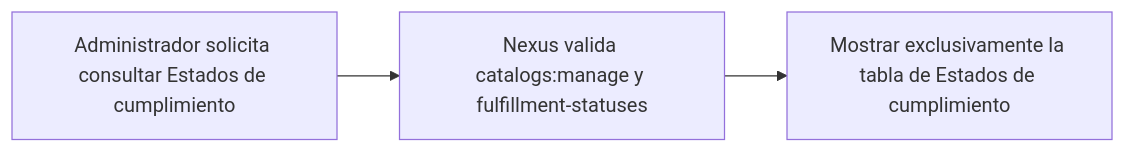
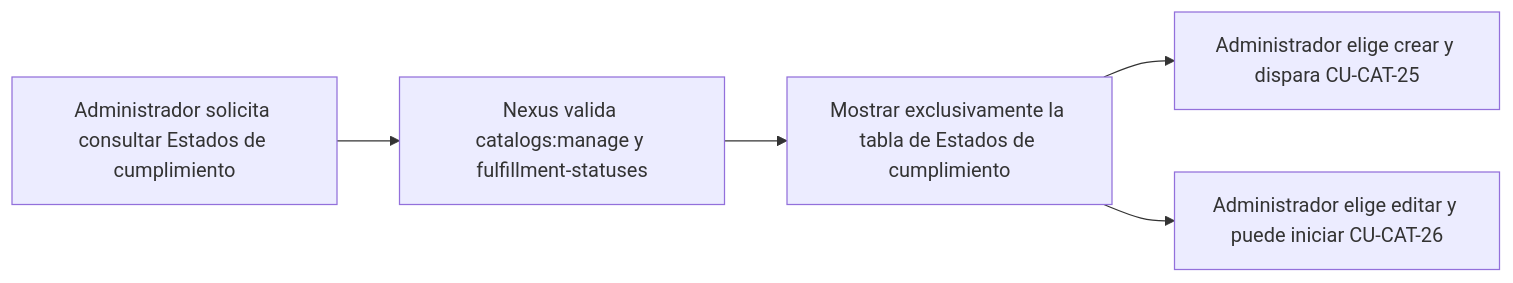
One commit to gpgsistemas01/nexus changed the diagram in docs/requirements/diagrams/catalogs/cu-cat-24.md. Above: the diagram before and after it, drawn with Mermaid. The commit also changed 473 other files, not shown here.

````diff
--- a/docs/requirements/diagrams/catalogs/cu-cat-24.md
+++ b/docs/requirements/diagrams/catalogs/cu-cat-24.md
@@ -3,5 +3,8 @@
 ```mermaid
 flowchart LR
+    accTitle: CU-CAT-24 — Consultar estado de cumplimiento
     request["Administrador solicita consultar Estados de cumplimiento"] --> authorize["Nexus valida catalogs:manage y fulfillment-statuses"]
     authorize --> result["Mostrar exclusivamente la tabla de Estados de cumplimiento"]
+    result --> create["Administrador elige crear y dispara CU-CAT-25"]
+    result --> edit["Administrador elige editar y puede iniciar CU-CAT-26"]
 ```
````
